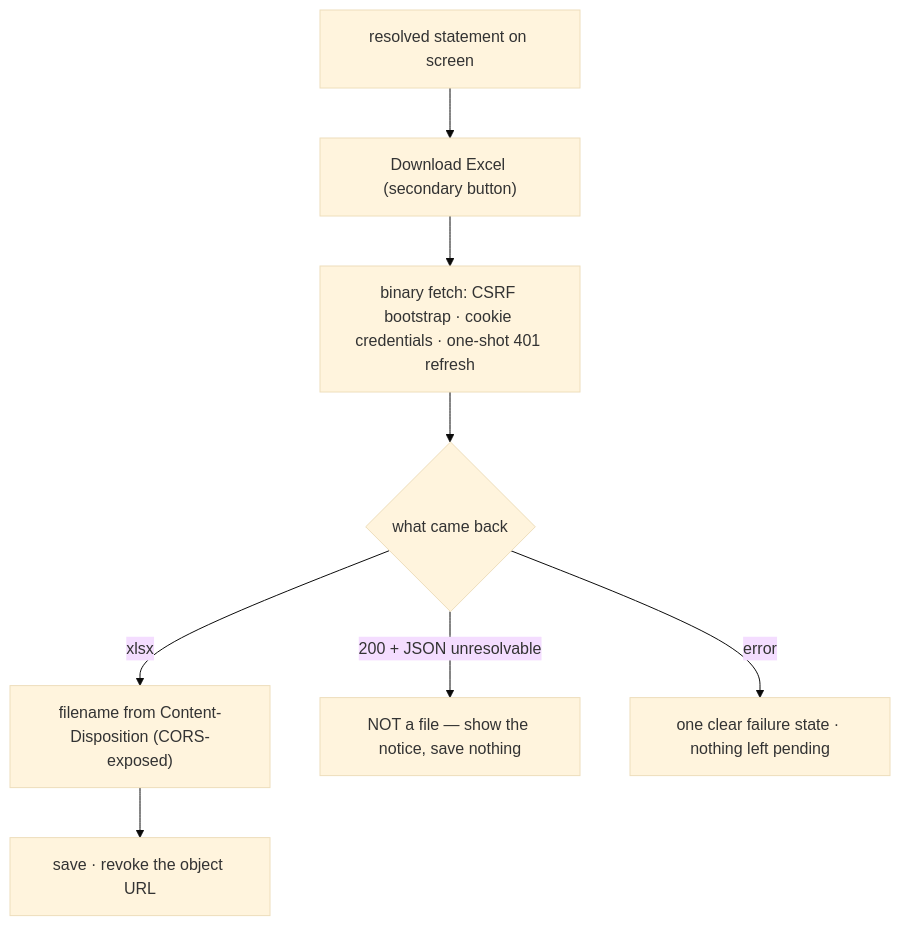
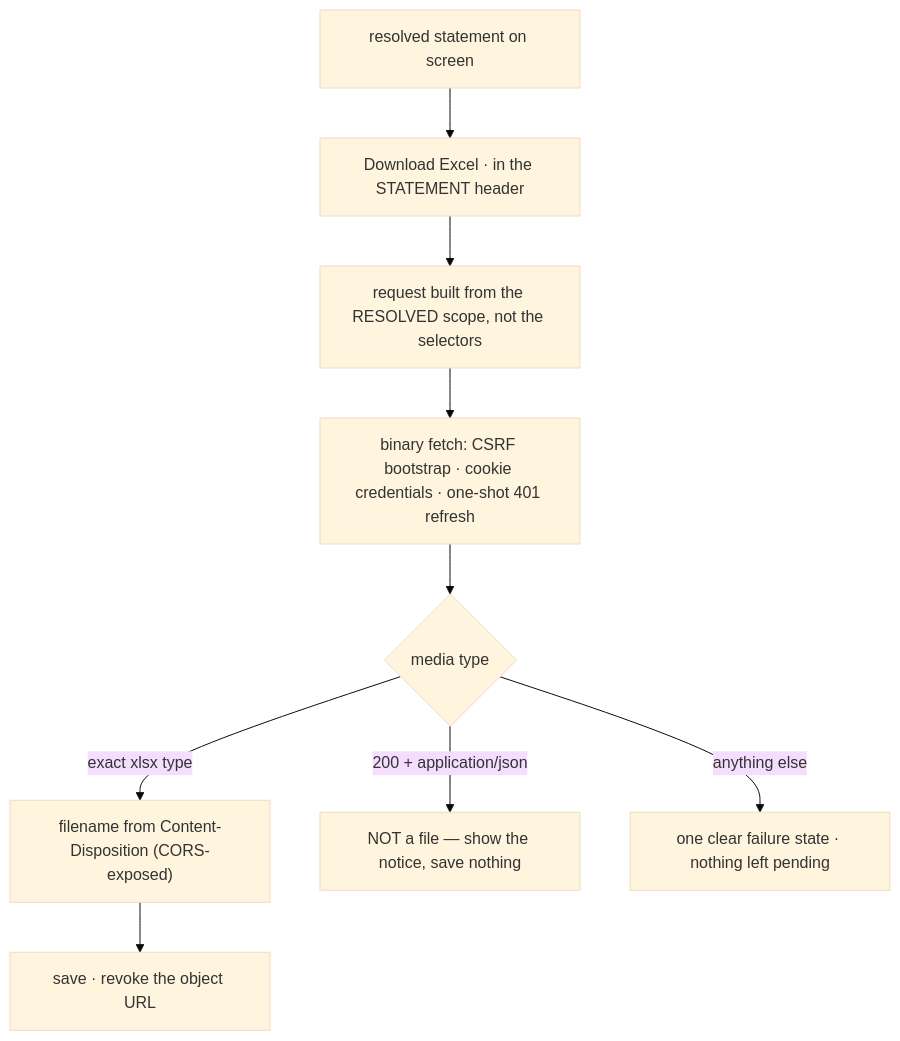
The diagram in .factory/stories/mis-statement/task-plans/statement-export-control.md (kl-rahulanand/3f-oil-palm), drawn with Mermaid (base theme) before and after one commit. The commit also changed other lines of this file and 5 other files, not shown here.

````diff
--- a/.factory/stories/mis-statement/task-plans/statement-export-control.md
+++ b/.factory/stories/mis-statement/task-plans/statement-export-control.md
@@ -77,10 +91,11 @@
 ```mermaid
 flowchart TD
-  S["resolved statement on screen"] --> B["Download Excel (secondary button)"]
-  B --> F["binary fetch: CSRF bootstrap · cookie credentials · one-shot 401 refresh"]
-  F --> R{what came back}
-  R -->|xlsx| N["filename from Content-Disposition (CORS-exposed)"]
+  S["resolved statement on screen"] --> B["Download Excel · in the STATEMENT header"]
+  B --> Q["request built from the RESOLVED scope, not the selectors"]
+  Q --> F["binary fetch: CSRF bootstrap · cookie credentials · one-shot 401 refresh"]
+  F --> R{media type}
+  R -->|exact xlsx type| N["filename from Content-Disposition (CORS-exposed)"]
   N --> SV["save · revoke the object URL"]
-  R -->|200 + JSON unresolvable| NF["NOT a file — show the notice, save nothing"]
-  R -->|error| E["one clear failure state · nothing left pending"]
+  R -->|200 + application/json| NF["NOT a file — show the notice, save nothing"]
+  R -->|anything else| E["one clear failure state · nothing left pending"]
 ```
````
